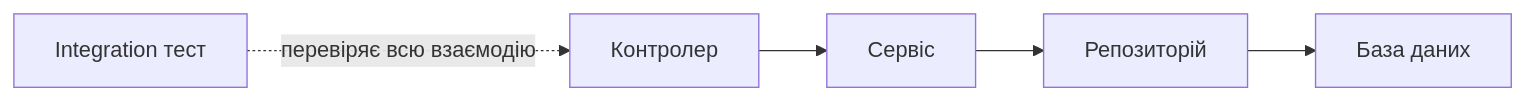
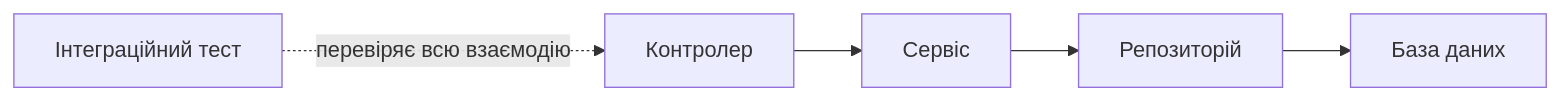
Before and after one commit to olroi421/course-opi-v2: the fifth of 9 diagrams in presentations/presentation-12.md, drawn with Mermaid. The commit also changed other lines of this file and 9 other files, not shown here.

````diff
--- a/presentations/presentation-12.md
+++ b/presentations/presentation-12.md
@@ -200,8 +237,8 @@
 ```mermaid
 graph LR
     A[Контролер] --> B[Сервіс]
     B --> C[Репозиторій]
     C --> D[База даних]
 
-    E[Integration тест] -.->|перевіряє всю взаємодію| A
+    E[Інтеграційний тест] -.->|перевіряє всю взаємодію| A
 ```
````
